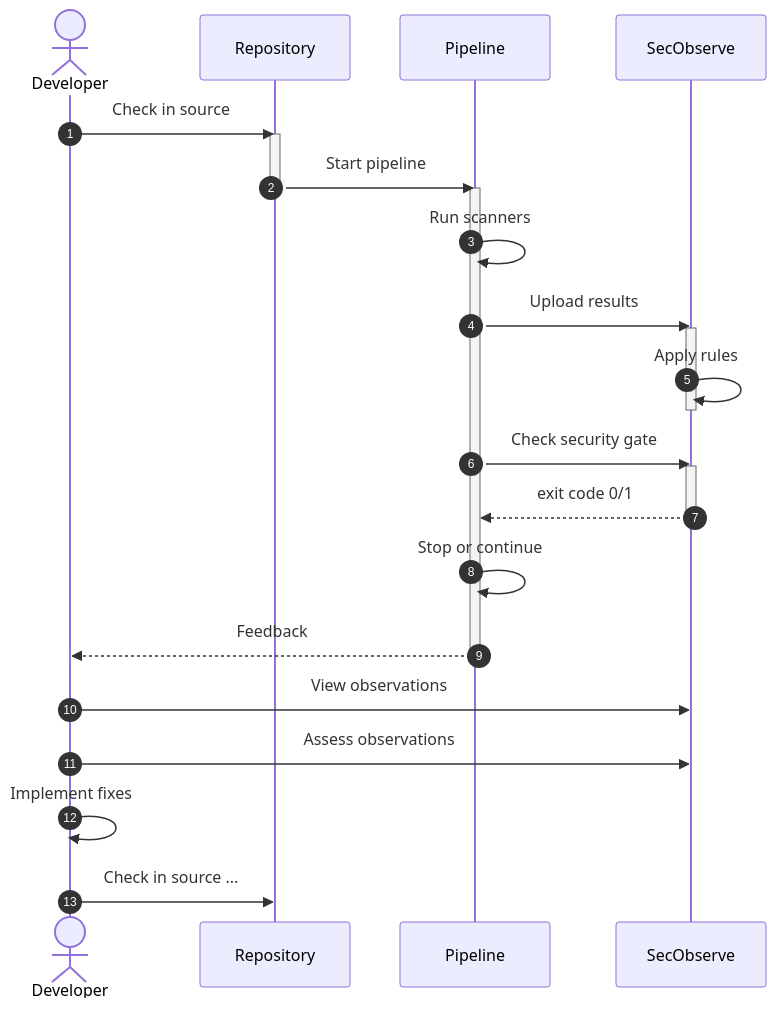
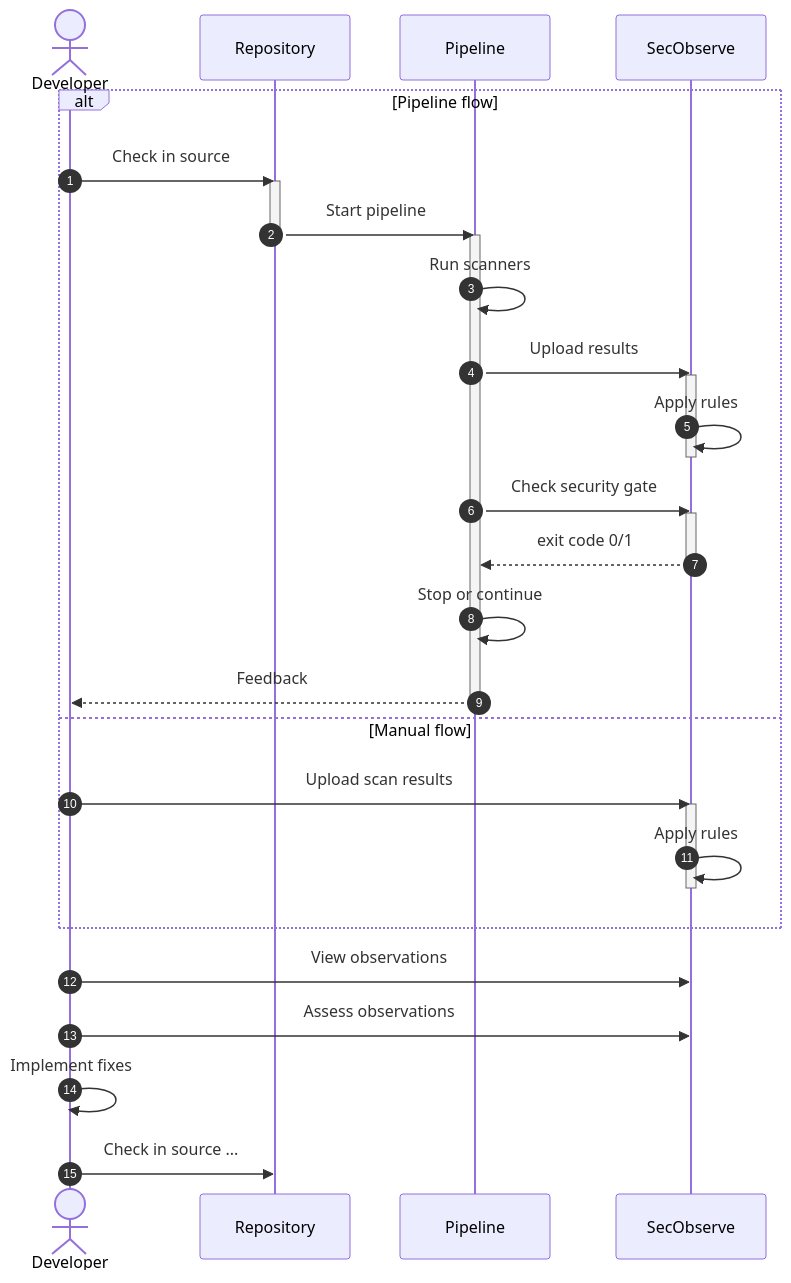
The first of 2 diagrams in docs/getting_started/about.md (MaibornWolff/SecObserve), drawn with Mermaid before and after one commit. The commit also changed other lines of this file and 5 other files, not shown here.

````diff
--- a/docs/getting_started/about.md
+++ b/docs/getting_started/about.md
@@ -28,26 +38,33 @@
 ``` mermaid
 sequenceDiagram
     autonumber
     actor Developer
+    alt Pipeline flow
     Developer ->> Repository: Check in source
     activate Repository
     Repository ->> Pipeline: Start pipeline
     deactivate Repository
     activate Pipeline
     Pipeline ->> Pipeline: Run scanners
     Pipeline ->> SecObserve: Upload results
     activate SecObserve
     SecObserve ->> SecObserve: Apply rules
     deactivate SecObserve
     Pipeline ->> SecObserve: Check security gate
     activate SecObserve
     SecObserve -->> Pipeline: exit code 0/1
     deactivate SecObserve
     Pipeline ->> Pipeline: Stop or continue
     Pipeline -->> Developer: Feedback
     deactivate Pipeline
+    else Manual flow
+    Developer ->> SecObserve: Upload scan results
+    activate SecObserve
+    SecObserve ->> SecObserve: Apply rules
+    deactivate SecObserve
+    end
     Developer ->> SecObserve: View observations
     Developer ->> SecObserve: Assess observations
     Developer ->> Developer: Implement fixes
     Developer ->> Repository: Check in source ...
 ```
````
